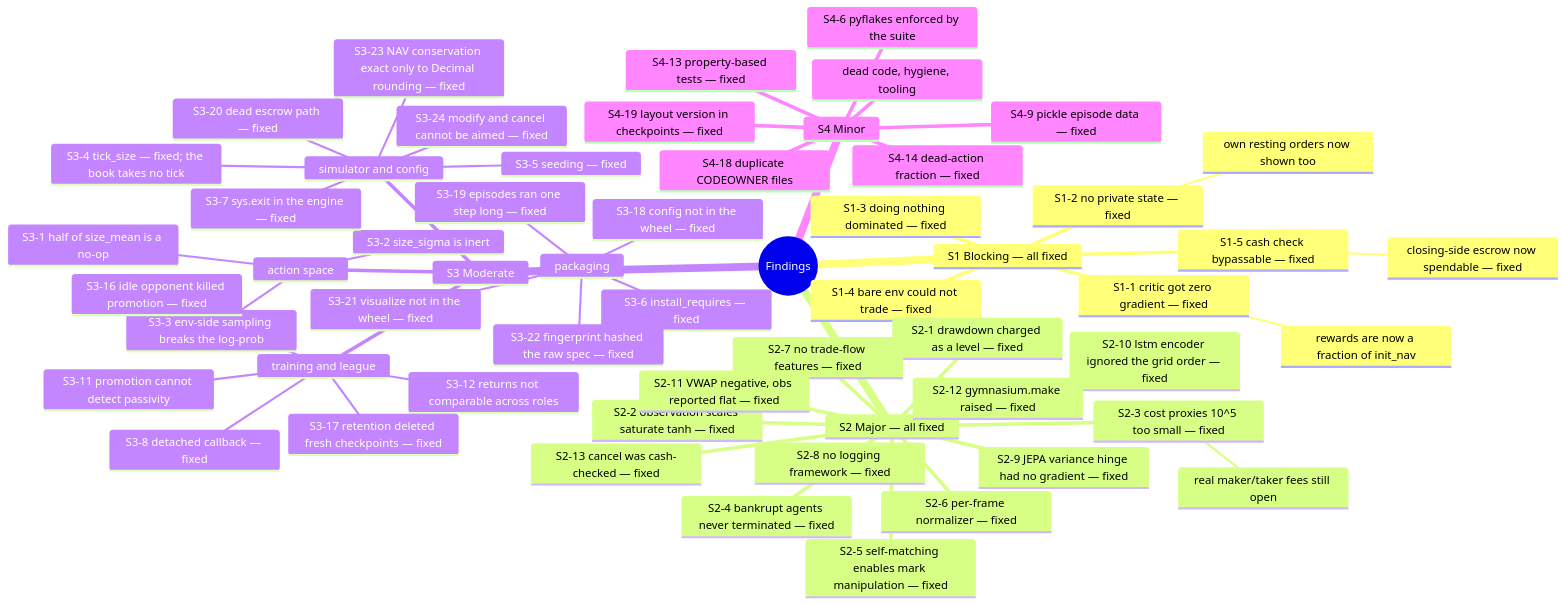
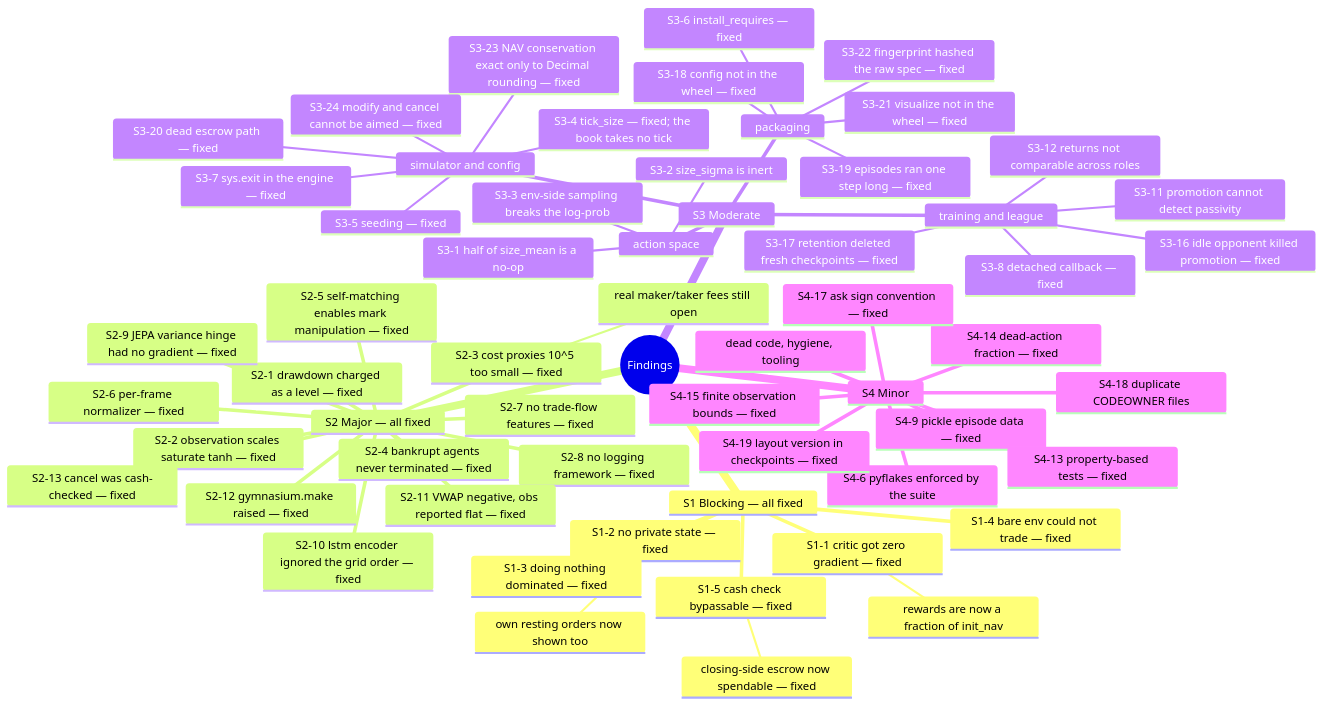
Before and after one commit to ChuaCheowHuan/gym-continuousDoubleAuction: the diagram in doc/15_findings_and_recommendations.md, drawn with Mermaid. The commit also changed other lines of this file and 31 other files, not shown here.

````diff
--- a/doc/15_findings_and_recommendations.md
+++ b/doc/15_findings_and_recommendations.md
@@ -11,60 +11,62 @@
 ```mermaid
 mindmap
   root((Findings))
     S1 Blocking — all fixed
       S1-1 critic got zero gradient — fixed
         rewards are now a fraction of init_nav
       S1-2 no private state — fixed
         own resting orders now shown too
       S1-3 doing nothing dominated — fixed
       S1-4 bare env could not trade — fixed
       S1-5 cash check bypassable — fixed
         closing-side escrow now spendable — fixed
     S2 Major — all fixed
       S2-1 drawdown charged as a level — fixed
       S2-2 observation scales saturate tanh — fixed
       S2-3 cost proxies 10^5 too small — fixed
         real maker/taker fees still open
       S2-4 bankrupt agents never terminated — fixed
       S2-5 self-matching enables mark manipulation — fixed
       S2-6 per-frame normalizer — fixed
       S2-7 no trade-flow features — fixed
       S2-8 no logging framework — fixed
       S2-9 JEPA variance hinge had no gradient — fixed
       S2-10 lstm encoder ignored the grid order — fixed
       S2-11 VWAP negative, obs reported flat — fixed
       S2-12 gymnasium.make raised — fixed
       S2-13 cancel was cash-checked — fixed
     S3 Moderate
       action space
         S3-1 half of size_mean is a no-op
         S3-2 size_sigma is inert
         S3-3 env-side sampling breaks the log-prob
       simulator and config
         S3-4 tick_size — fixed; the book takes no tick
         S3-5 seeding — fixed
         S3-7 sys.exit in the engine — fixed
         S3-23 NAV conservation exact only to Decimal rounding — fixed
         S3-24 modify and cancel cannot be aimed — fixed
         S3-20 dead escrow path — fixed
       training and league
         S3-8 detached callback — fixed
         S3-11 promotion cannot detect passivity
         S3-12 returns not comparable across roles
         S3-16 idle opponent killed promotion — fixed
         S3-17 retention deleted fresh checkpoints — fixed
       packaging
         S3-6 install_requires — fixed
         S3-18 config not in the wheel — fixed
         S3-19 episodes ran one step long — fixed
         S3-21 visualize not in the wheel — fixed
         S3-22 fingerprint hashed the raw spec — fixed
     S4 Minor
       dead code, hygiene, tooling
       S4-9 pickle episode data — fixed
       S4-6 pyflakes enforced by the suite
       S4-13 property-based tests — fixed
       S4-14 dead-action fraction — fixed
+      S4-15 finite observation bounds — fixed
+      S4-17 ask sign convention — fixed
       S4-18 duplicate CODEOWNER files
       S4-19 layout version in checkpoints — fixed
 ```
````
